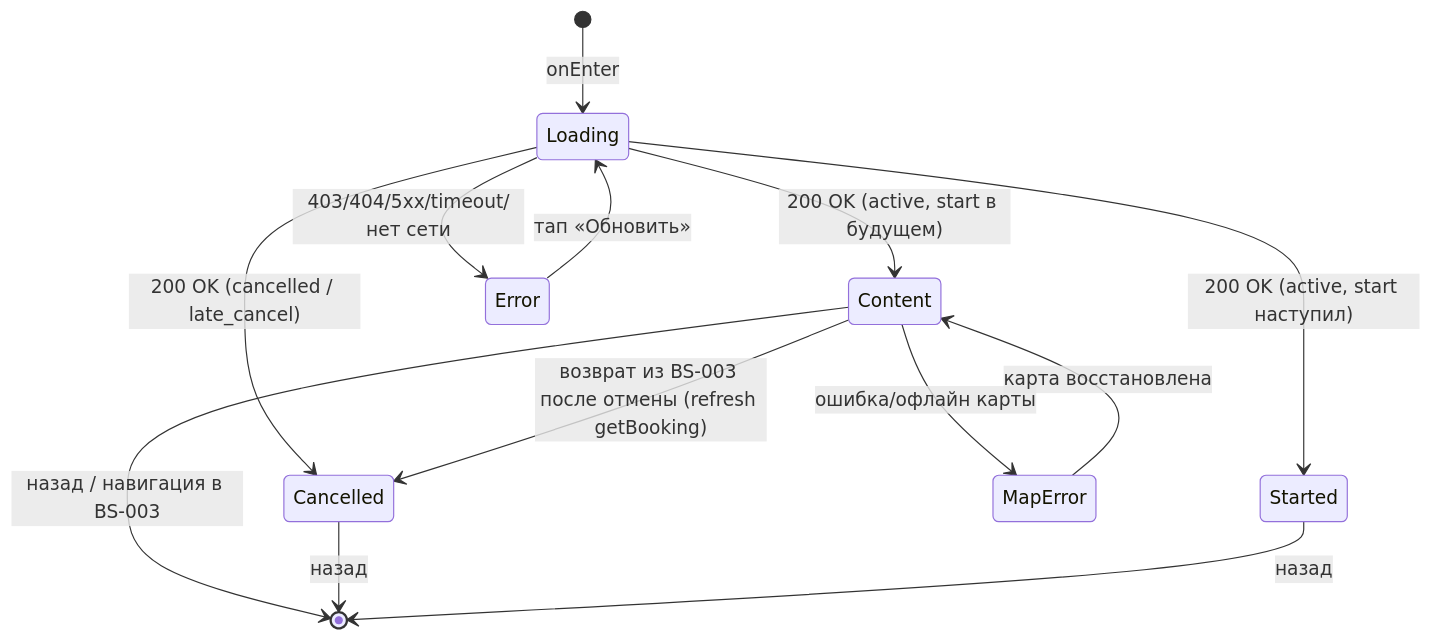
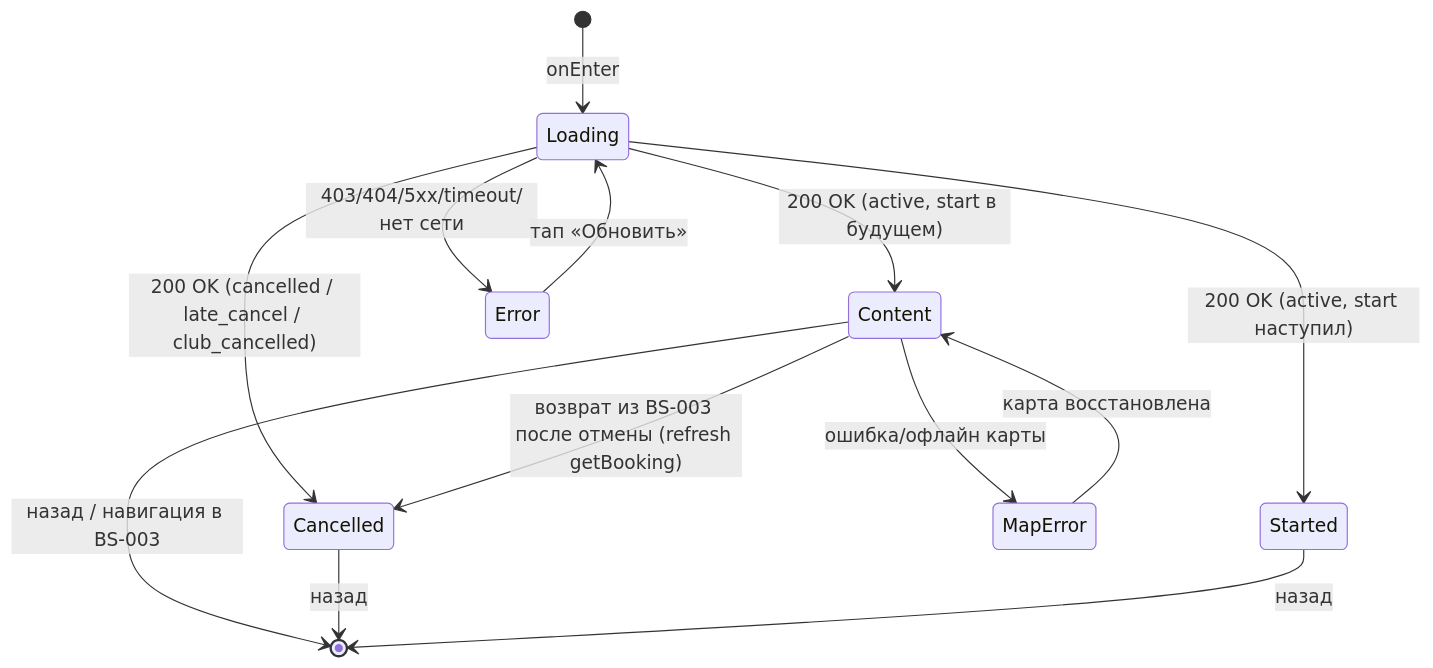
The second of 2 diagrams in 01-analysis/5-mobile-app-spec/SCR-006-booking-details.md (Dariadds/summer_school), drawn with Mermaid before and after one commit. The commit also changed other lines of this file and 30 other files, not shown here.

````diff
--- a/01-analysis/5-mobile-app-spec/SCR-006-booking-details.md
+++ b/01-analysis/5-mobile-app-spec/SCR-006-booking-details.md
@@ -356,20 +360,20 @@
 ```mermaid
 stateDiagram-v2
     [*] --> Loading : onEnter
 
     Loading --> Content : 200 OK (active, start в будущем)
-    Loading --> Cancelled : 200 OK (cancelled / late_cancel)
+    Loading --> Cancelled : 200 OK (cancelled / late_cancel / club_cancelled)
     Loading --> Started : 200 OK (active, start наступил)
     Loading --> Error : 403/404/5xx/timeout/нет сети
 
     Content --> MapError : ошибка/офлайн карты
     MapError --> Content : карта восстановлена
 
     Error --> Loading : тап «Обновить»
 
     Content --> Cancelled : возврат из BS-003 после отмены (refresh getBooking)
 
     Content --> [*] : назад / навигация в BS-003
     Cancelled --> [*] : назад
     Started --> [*] : назад
 ```
````
